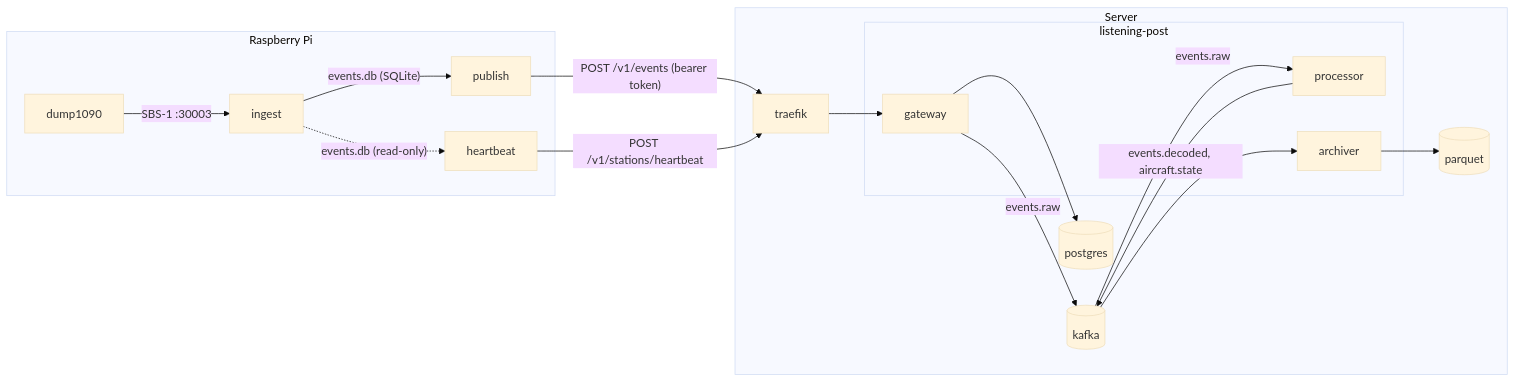
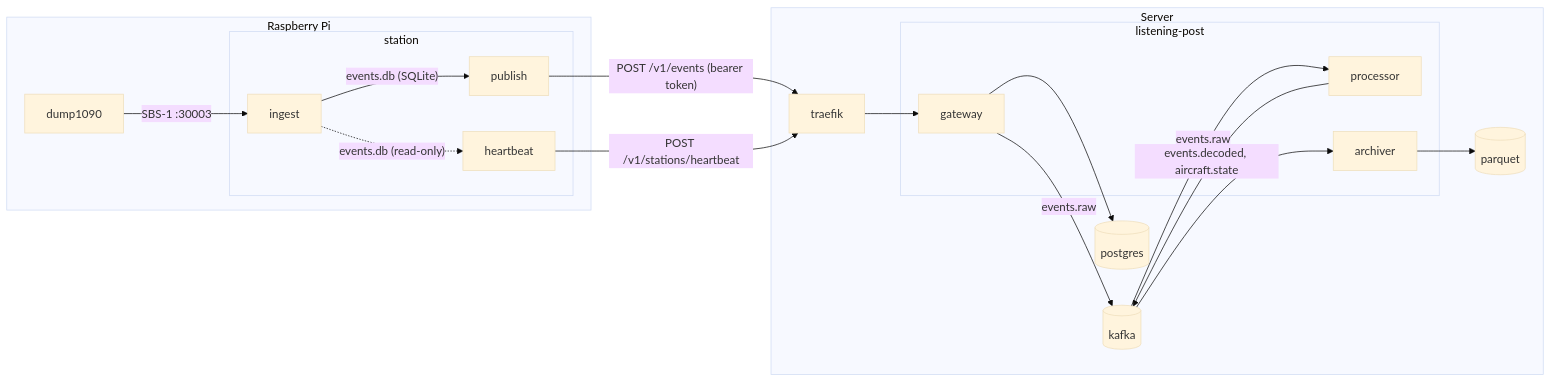
The diagram in README.md (matthew-vance/listening-post), drawn with Mermaid (base theme) before and after one commit. The commit also changed other lines of this file and 15 other files, not shown here.

````diff
--- a/README.md
+++ b/README.md
@@ -7,22 +7,27 @@
 ```mermaid
 flowchart LR
     subgraph pi [Raspberry Pi]
+        subgraph station
+            ingest
+            publish
+            heartbeat
+        end
         dump1090 -- "SBS-1 :30003" --> ingest
         ingest -- "events.db (SQLite)" --> publish
         ingest -. "events.db (read-only)" .-> heartbeat
     end
     subgraph server [Server]
         subgraph binary [listening-post]
             gateway
             processor
             archiver
         end
         traefik --> gateway
         gateway --> postgres[(postgres)]
         gateway -- "events.raw" --> kafka[(kafka)]
         kafka --> archiver --> archive[(parquet)]
         kafka -- "events.raw" --> processor -- "events.decoded, aircraft.state" --> kafka
     end
     publish -- "POST /v1/events (bearer token)" --> traefik
     heartbeat -- "POST /v1/stations/heartbeat" --> traefik
 ```
````
